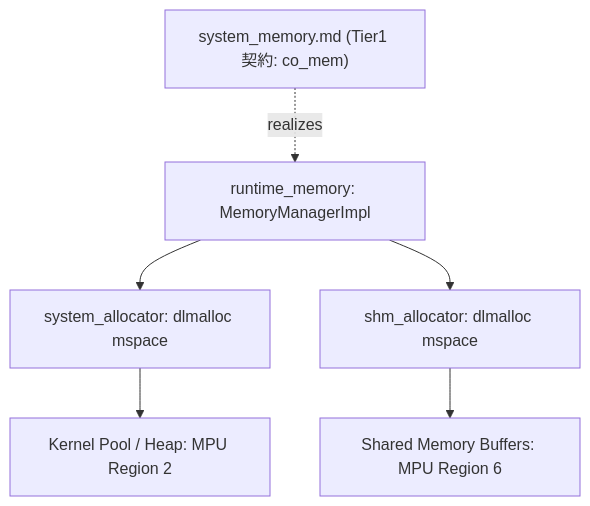
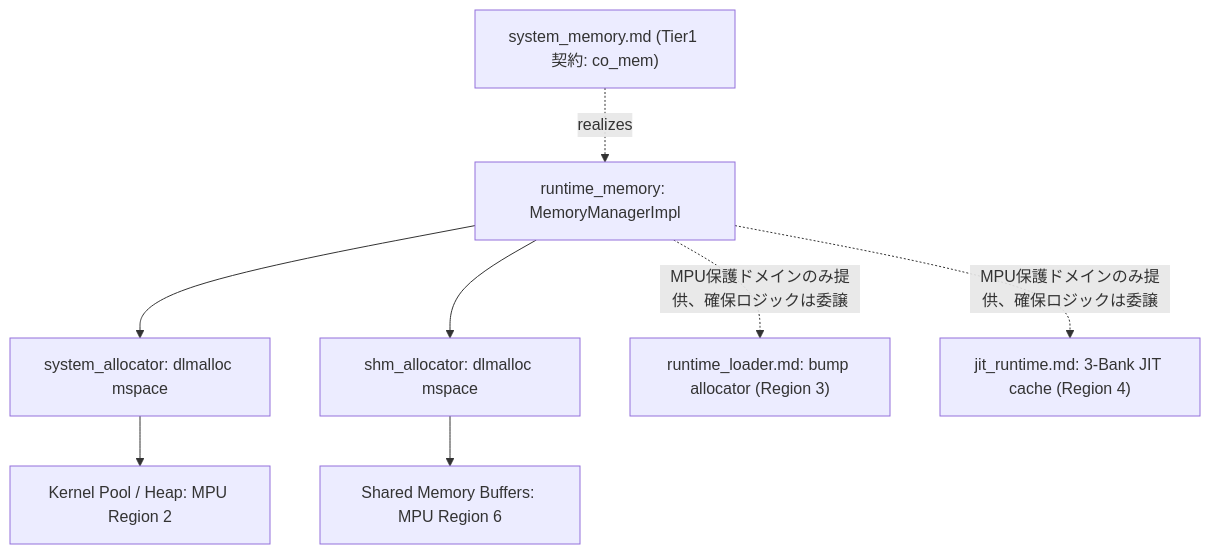
One commit to kmt-t/fireball changed the diagram in docs/components/tier2_runtime/runtime_memory.md. Above: the diagram before and after it, drawn with Mermaid. The commit also changed other lines of this file and 49 other files, not shown here.

````diff
--- a/docs/components/tier2_runtime/runtime_memory.md
+++ b/docs/components/tier2_runtime/runtime_memory.md
@@ -25,8 +25,10 @@
 ```mermaid
 graph TD
     Contract["system_memory.md (Tier1 契約: co_mem)"] -.->|realizes| Impl[runtime_memory: MemoryManagerImpl]
     Impl --> SysAlloc[system_allocator: dlmalloc mspace]
     Impl --> ShmAlloc[shm_allocator: dlmalloc mspace]
     SysAlloc --> KernelPool[Kernel Pool / Heap: MPU Region 2]
     ShmAlloc --> SharedRegion[Shared Memory Buffers: MPU Region 6]
+    Impl -.->|MPU保護ドメインのみ提供、確保ロジックは委譲| RuntimeArena["runtime_loader.md: bump allocator (Region 3)"]
+    Impl -.->|MPU保護ドメインのみ提供、確保ロジックは委譲| JitCache["jit_runtime.md: 3-Bank JIT cache (Region 4)"]
 ```
````
